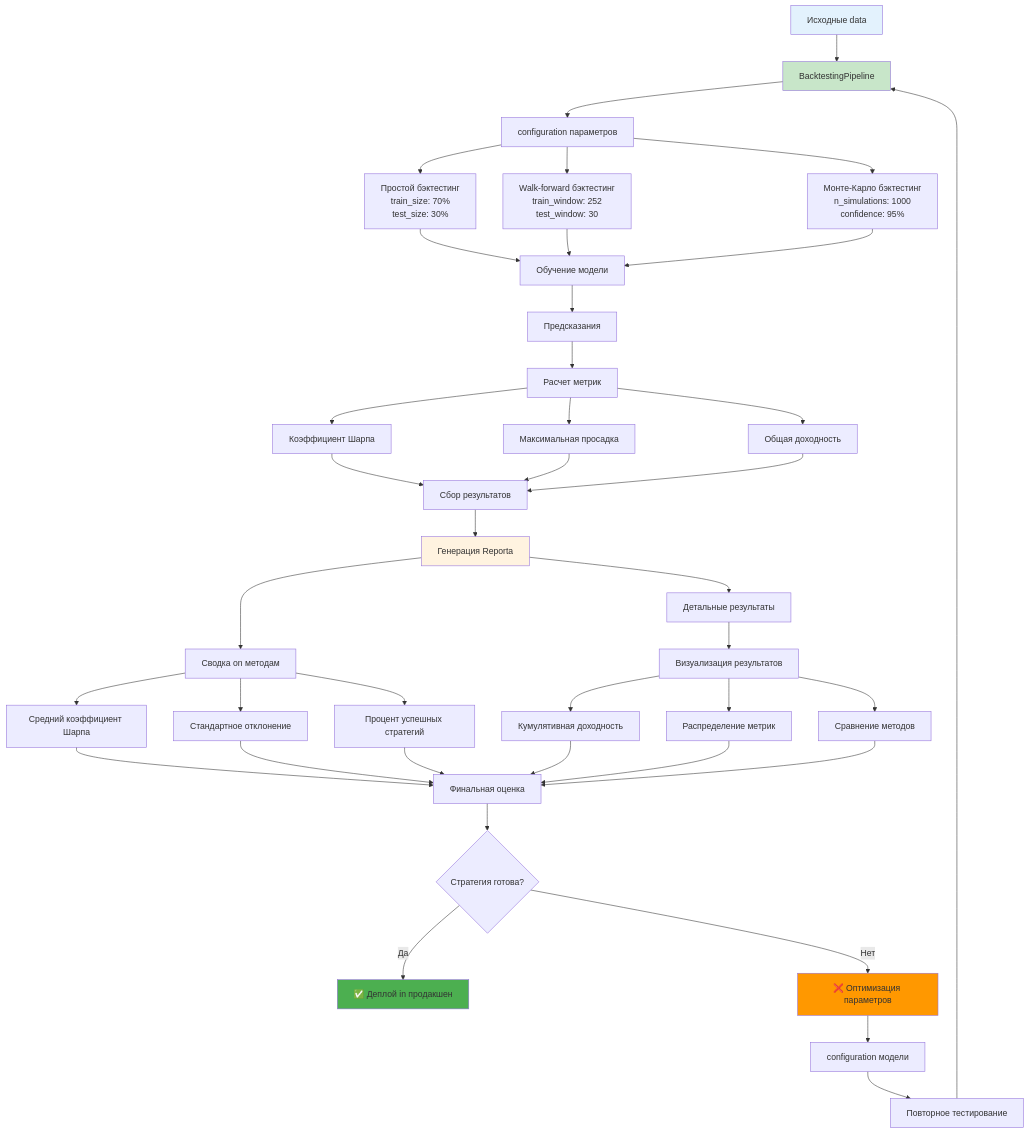
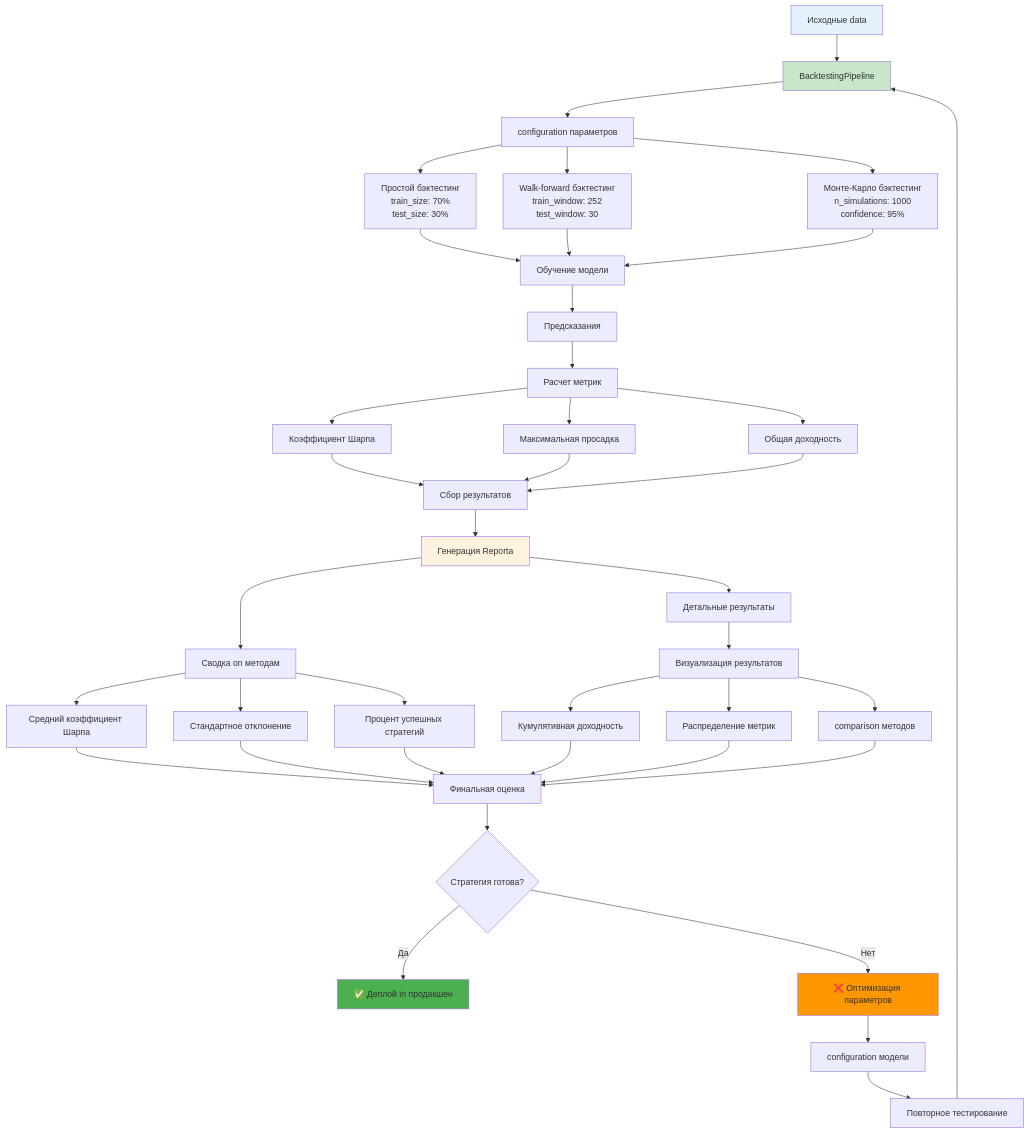
One commit to NeoZorK/neozork-hld-prediction changed the ninth of 9 diagrams in docs/automl/gluon/29_backtesting_methods.md. Above: the diagram before and after it, drawn with Mermaid. The commit also changed other lines of this file and 88 other files, not shown here.

````diff
--- a/docs/automl/gluon/29_backtesting_methods.md
+++ b/docs/automl/gluon/29_backtesting_methods.md
@@ -3393,58 +3393,58 @@
 ```mermaid
 graph TD
 A[Исходные data] --> B[BacktestingPipeline]
 B --> C[configuration параметров]
 
 C --> D[Простой бэктестинг<br/>train_size: 70%<br/>test_size: 30%]
 C --> E[Walk-forward бэктестинг<br/>train_window: 252<br/>test_window: 30]
 C --> F[Монте-Карло бэктестинг<br/>n_simulations: 1000<br/>confidence: 95%]
 
 D --> G[Обучение модели]
  E --> G
  F --> G
 
 G --> H[Предсказания]
 H --> I[Расчет метрик]
 
 I --> J[Коэффициент Шарпа]
 I --> K[Максимальная просадка]
 I --> L[Общая доходность]
 
 J --> M[Сбор результатов]
  K --> M
  L --> M
 
 M --> N[Генерация Reportа]
 N --> O[Сводка on методам]
 N --> P[Детальные результаты]
 
 O --> Q[Средний коэффициент Шарпа]
 O --> R[Стандартное отклонение]
 O --> S[Процент успешных стратегий]
 
 P --> T[Визуализация результатов]
 T --> U[Кумулятивная доходность]
 T --> V[Распределение метрик]
-T --> W[Сравнение методов]
+T --> W[comparison методов]
 
 Q --> X[Финальная оценка]
  R --> X
  S --> X
  U --> X
  V --> X
  W --> X
 
 X --> Y{Стратегия готова?}
 Y -->|Да| Z[✅ Деплой in продакшен]
 Y -->|Нет| AA[❌ Оптимизация параметров]
 
 AA --> BB[configuration модели]
 BB --> CC[Повторное тестирование]
  CC --> B
 
  style A fill:#e3f2fd
  style B fill:#c8e6c9
  style N fill:#fff3e0
  style Z fill:#4caf50
  style AA fill:#ff9800
 ```
````
